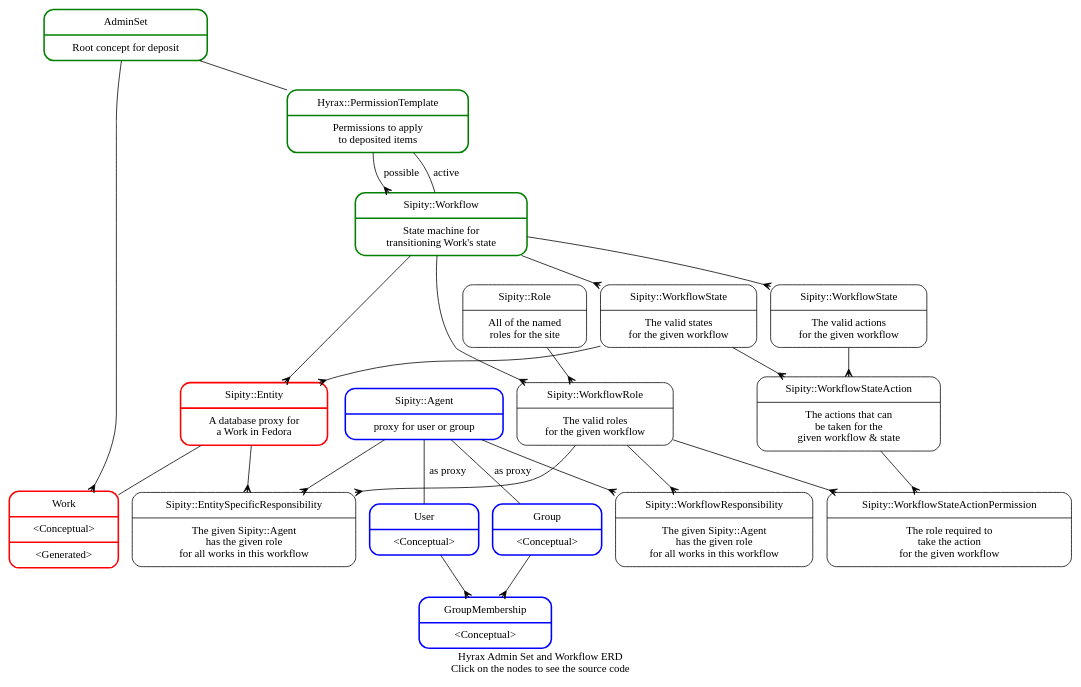
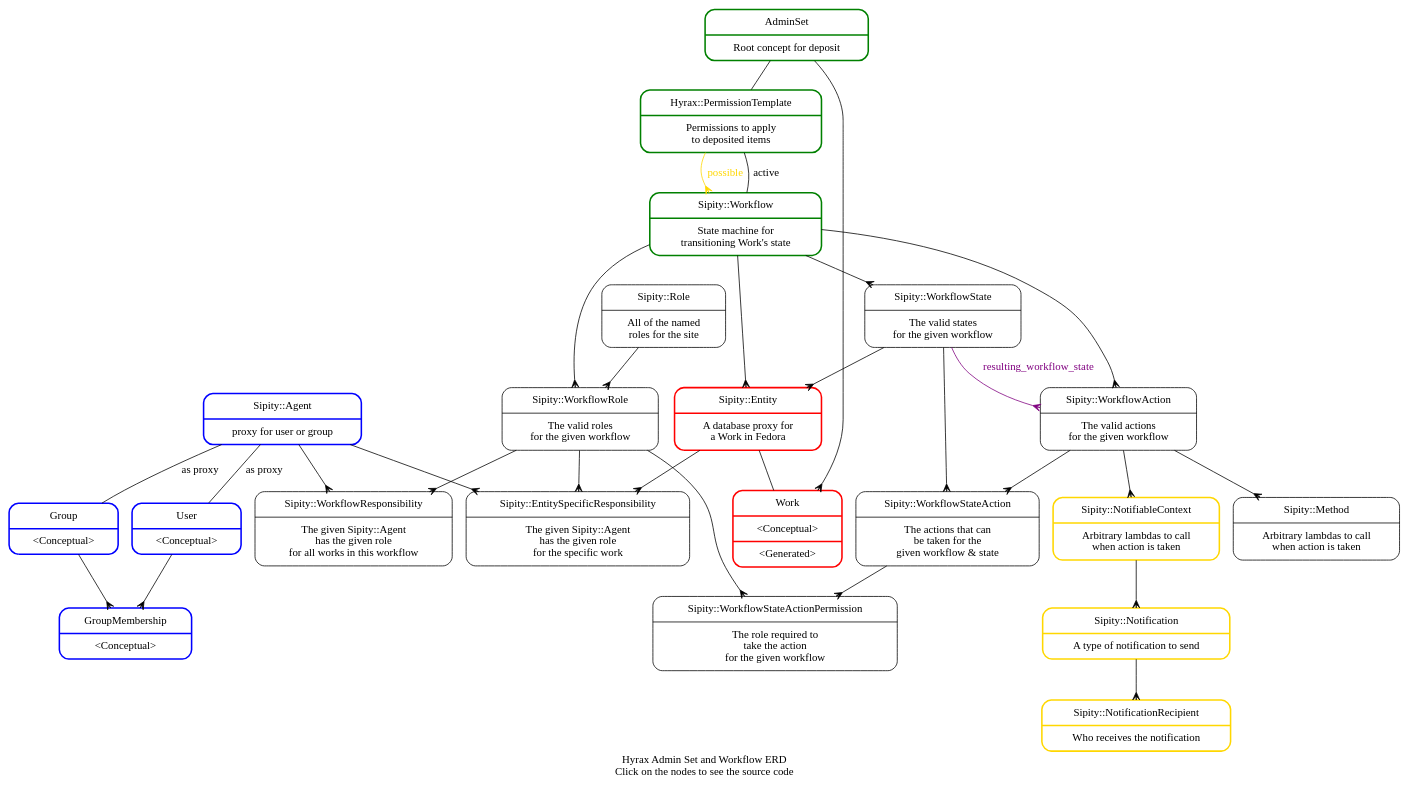
The diagram in artifacts/entity-relationship-diagram.dot (samvera/hyrax), drawn with Graphviz before and after one commit. The commit also changed 1 other file, not shown here.

```diff
--- a/artifacts/entity-relationship-diagram.dot
+++ b/artifacts/entity-relationship-diagram.dot
@@ -1,63 +1,76 @@
 digraph models_diagram {
   graph[overlap=false, splines=true]
   compound=true;
   node[shape=Mrecord margin="0.25, 0.125"]
   label="Hyrax Admin Set and Workflow ERD\nClick on the nodes to see the source code"
 
   subgraph 0 {
     node[color=green penwidth=2]
     "AdminSet" [label="{ AdminSet | Root concept for deposit }" URL="http://github.com/projecthydra-labs/hyrax/blob/master/app/models/admin_set.rb";]
     "PermissionTemplate" [label="{ Hyrax::PermissionTemplate | Permissions to apply\nto deposited items }" URL="http://github.com/projecthydra-labs/hyrax/blob/master/app/models/hyrax/permission_template.rb";]
     "Sipity::Workflow" [label="{ Sipity::Workflow | State machine for \ntransitioning Work's state }" URL="http://github.com/projecthydra-labs/hyrax/blob/master/app/models/sipity/workflow.rb";]
   }
 
   subgraph 2 {
     node[color=blue penwidth=2]
     "Sipity::Agent" [label="{ Sipity::Agent | proxy for user or group }" URL="http://github.com/projecthydra-labs/hyrax/blob/master/app/models/sipity/agent.rb";]
     "User" [label="{ User | \<Conceptual\> }"]
     "Group" [label="{ Group | \<Conceptual\> }"]
     "GroupMembership" [label="{ GroupMembership  | \<Conceptual\> }"]
   }
 
   subgraph 3 {
-    "Sipity::EntitySpecificResponsibility" [label="{ Sipity::EntitySpecificResponsibility | The given Sipity::Agent\n has the given role\n for all works in this workflow }" URL="http://github.com/projecthydra-labs/hyrax/blob/master/app/models/sipity/entity_specific_responsibility.rb";]
-    "Sipity::WorkflowAction" [label="{ Sipity::WorkflowState | The valid actions\n for the given workflow }"] [URL="http://github.com/projecthydra-labs/hyrax/blob/master/app/models/sipity/workflow_action.rb";]
+    "Sipity::EntitySpecificResponsibility" [label="{ Sipity::EntitySpecificResponsibility | The given Sipity::Agent\n has the given role\n for the specific work }" URL="http://github.com/projecthydra-labs/hyrax/blob/master/app/models/sipity/entity_specific_responsibility.rb";]
+    "Sipity::WorkflowAction" [label="{ Sipity::WorkflowAction | The valid actions\n for the given workflow }"] [URL="http://github.com/projecthydra-labs/hyrax/blob/master/app/models/sipity/workflow_action.rb";]
     "Sipity::WorkflowResponsibility" [label="{ Sipity::WorkflowResponsibility | The given Sipity::Agent\n has the given role\n for all works in this workflow }" URL="http://github.com/projecthydra-labs/hyrax/blob/master/app/models/sipity/workflow_responsibility.rb";]
     "Sipity::WorkflowRole" [label="{ Sipity::WorkflowRole | The valid roles \n for the given workflow }" URL="http://github.com/projecthydra-labs/hyrax/blob/master/app/models/sipity/workflow_role.rb";]
     "Sipity::WorkflowState" [label="{ Sipity::WorkflowState | The valid states\n for the given workflow }"] [URL="http://github.com/projecthydra-labs/hyrax/blob/master/app/models/sipity/workflow_state.rb";]
     "Sipity::WorkflowStateAction" [label="{ Sipity::WorkflowStateAction | The actions that can\n be taken for the\n given workflow & state }" URL="http://github.com/projecthydra-labs/hyrax/blob/master/app/models/sipity/workflow_state_action.rb";]
     "Sipity::WorkflowStateActionPermission" [label="{ Sipity::WorkflowStateActionPermission | The role required to \n take the action \n for the given workflow }" URL="http://github.com/projecthydra-labs/hyrax/blob/master/app/models/sipity/workflow_state_action_permission.rb";]
     "Sipity::Role" [label="{ Sipity::Role | All of the named \n roles for the site }" URL="http://github.com/projecthydra-labs/hyrax/blob/master/app/models/sipity/role.rb";]
+    "Sipity::Method" [label=" { Sipity::Method | Arbitrary lambdas to call\nwhen action is taken}" URL="http://github.com/projecthydra-labs/hyrax/blob/master/app/models/sipity/method.rb";]
+  }
+
+  subgraph 4 {
+    node[color=gold penwidth=2]
+    "Sipity::NotifiableContext" [label=" { Sipity::NotifiableContext | Arbitrary lambdas to call\nwhen action is taken}" URL="http://github.com/projecthydra-labs/hyrax/blob/master/app/models/sipity/notifiable_context.rb";]
+    "Sipity::Notification" [label=" { Sipity::Notification | A type of notification to send }" URL="http://github.com/projecthydra-labs/hyrax/blob/master/app/models/sipity/notification.rb";]
+    "Sipity::NotificationRecipient" [label=" { Sipity::NotificationRecipient | Who receives the notification }" URL="http://github.com/projecthydra-labs/hyrax/blob/master/app/models/sipity/notification_recipient.rb";]
   }
 
   subgraph 1 {
     node[color=red penwidth=2]
     "AbstractWork" [label="{ Work |  \<Conceptual\> | \<Generated\> }"]
     "Sipity::Entity"  [label="{ Sipity::Entity | A database proxy for \n a Work in Fedora }" URL="http://github.com/projecthydra-labs/hyrax/blob/master/app/models/sipity/entity.rb";]
   }
 
   "AdminSet" -> "PermissionTemplate" [arrowtail=none, arrowhead=none, dir=both]
   "User" -> "GroupMembership" [arrowtail=none, arrowhead=crow, dir=both]
   "Group" -> "GroupMembership" [arrowtail=none, arrowhead=crow, dir=both]
-  "PermissionTemplate" -> "Sipity::Workflow"  [label="possible" arrowtail=none, arrowhead=crow, dir=both]
+  "PermissionTemplate" -> "Sipity::Workflow"  [label="possible" color=gold fontcolor=gold arrowtail=none, arrowhead=crow, dir=both]
   "PermissionTemplate" -> "Sipity::Workflow"  [label="active" arrowtail=none, arrowhead=none, dir=both]
   "Sipity::Entity" -> "Sipity::Workflow"  [arrowtail=crow, arrowhead=none, dir=both]
   "AbstractWork" -> "AdminSet"  [arrowtail=crow, arrowhead=none, dir=both]
   "Sipity::Entity" -> "AbstractWork" [arrowtail=none, arrowhead=none, dir=both]
   "Sipity::Entity" -> "Sipity::EntitySpecificResponsibility" [arrowtail=none, arrowhead=crow, dir=both]
   "Sipity::Agent" -> "Sipity::EntitySpecificResponsibility" [arrowtail=none, arrowhead=crow, dir=both]
   "Sipity::WorkflowRole" -> "Sipity::EntitySpecificResponsibility" [arrowtail=none, arrowhead=crow, dir=both]
   "Sipity::Workflow" -> "Sipity::WorkflowState" [arrowtail=none, arrowhead=crow, dir=both]
   "Sipity::Workflow" -> "Sipity::WorkflowAction" [arrowtail=none, arrowhead=crow, dir=both]
   "Sipity::Workflow" -> "Sipity::WorkflowRole" [arrowtail=none, arrowhead=crow, dir=both]
   "Sipity::WorkflowAction" -> "Sipity::WorkflowStateAction" [arrowtail=none, arrowhead=crow, dir=both]
+  "Sipity::WorkflowState" -> "Sipity::WorkflowAction" [label="resulting_workflow_state" color=purple fontcolor=purple arrowtail=none, arrowhead=crow, dir=both]
   "Sipity::WorkflowState" -> "Sipity::WorkflowStateAction" [arrowtail=none, arrowhead=crow, dir=both]
   "Sipity::WorkflowStateAction" -> "Sipity::WorkflowStateActionPermission" [arrowtail=none, arrowhead=crow, dir=both]
   "Sipity::WorkflowRole" -> "Sipity::WorkflowStateActionPermission" [arrowtail=none, arrowhead=crow, dir=both]
   "Sipity::Role" -> "Sipity::WorkflowRole" [arrowtail=none, arrowhead=crow, dir=both]
   "Sipity::WorkflowRole" -> "Sipity::WorkflowResponsibility" [arrowtail=none, arrowhead=crow, dir=both]
+  "Sipity::WorkflowAction" -> "Sipity::Method" [arrowtail=none, arrowhead=crow, dir=both]
   "Sipity::Agent" -> "Sipity::WorkflowResponsibility" [arrowtail=none, arrowhead=crow, dir=both]
   "Sipity::Agent" -> "Group" [label="as proxy" arrowtail=none, arrowhead=none, dir=both]
   "Sipity::Agent" -> "User" [label="as proxy" arrowtail=none, arrowhead=none, dir=both]
   "Sipity::WorkflowState" -> "Sipity::Entity" [arrowtail=none, arrowhead=crow, dir=both]
+  "Sipity::WorkflowAction" -> "Sipity::NotifiableContext" [arrowtail=none, arrowhead=crow, dir=both]
+  "Sipity::NotifiableContext" -> "Sipity::Notification" [arrowtail=none, arrowhead=crow, dir=both]
+  "Sipity::Notification" -> "Sipity::NotificationRecipient" [arrowtail=none, arrowhead=crow, dir=both]
 }
```
